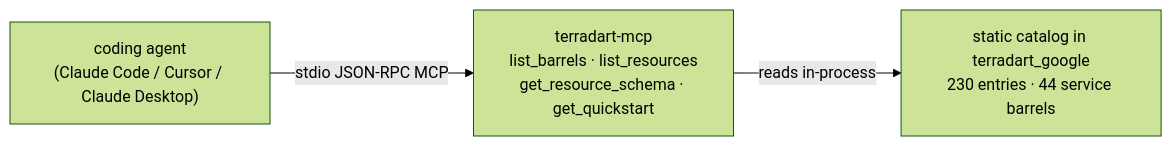
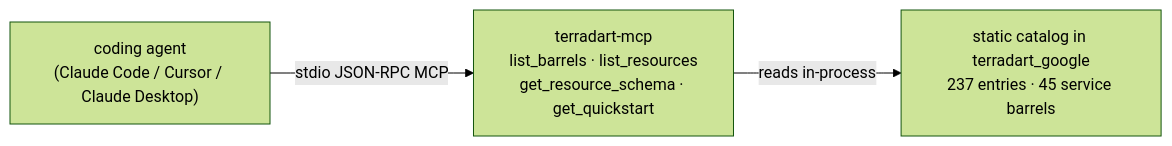
Before and after one commit to nozomi-koborinai/terradart: the diagram in website/src/content/docs/docs/agent/index.md, drawn with Mermaid (forest theme). The commit also changed other lines of this file and 45 other files, not shown here.

````diff
--- a/website/src/content/docs/docs/agent/index.md
+++ b/website/src/content/docs/docs/agent/index.md
@@ -12,8 +12,8 @@
 ```mermaid
 graph LR
   agent["coding agent<br/>(Claude Code / Cursor / Claude Desktop)"]
   mcp["terradart-mcp<br/>list_barrels · list_resources<br/>get_resource_schema · get_quickstart"]
-  catalog["static catalog in terradart_google<br/>230 entries · 44 service barrels"]
+  catalog["static catalog in terradart_google<br/>237 entries · 45 service barrels"]
   agent -->|stdio JSON-RPC MCP| mcp
   mcp -->|reads in-process| catalog
 ```
````
